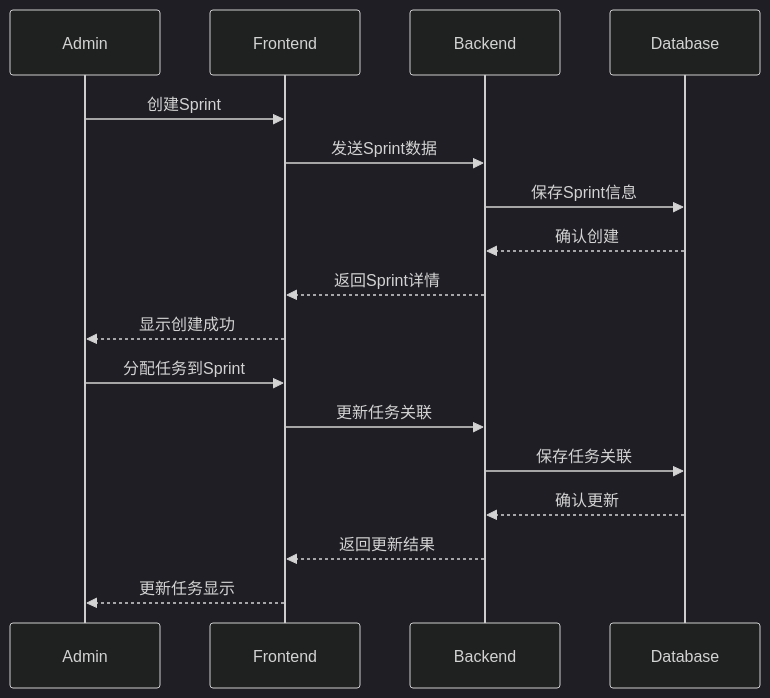
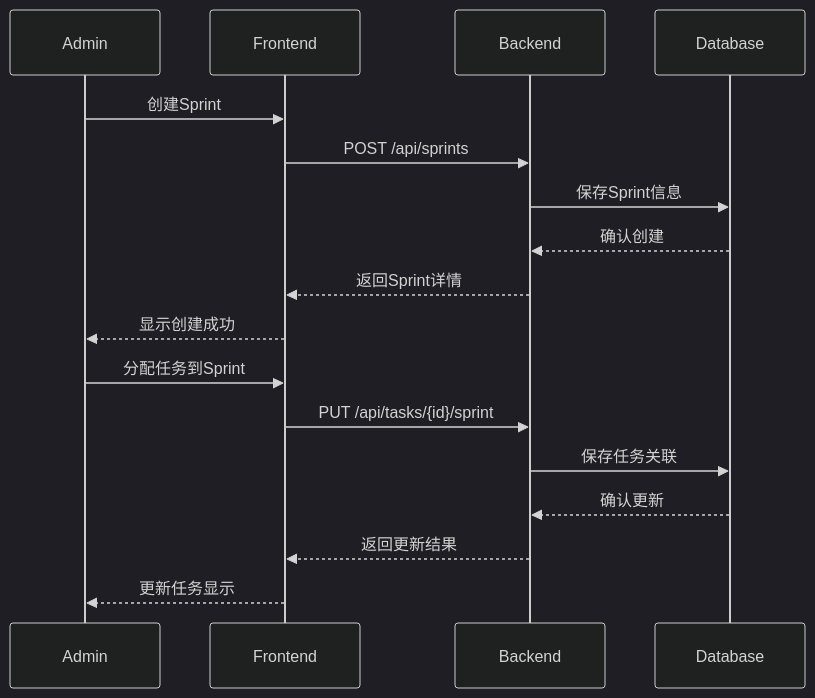
Before and after one commit to yorkdick/gira: the third of 4 diagrams in doc/design/basic-design/functional.md, drawn with Mermaid (dark theme). The commit also changed other lines of this file and 5 other files, not shown here.

````diff
--- a/doc/design/basic-design/functional.md
+++ b/doc/design/basic-design/functional.md
@@ -75,21 +79,21 @@
 ```mermaid
 sequenceDiagram
     participant Admin
     participant Frontend
     participant Backend
     participant Database
     
     Admin->>Frontend: 创建Sprint
-    Frontend->>Backend: 发送Sprint数据
+    Frontend->>Backend: POST /api/sprints
     Backend->>Database: 保存Sprint信息
     Database-->>Backend: 确认创建
     Backend-->>Frontend: 返回Sprint详情
     Frontend-->>Admin: 显示创建成功
     
     Admin->>Frontend: 分配任务到Sprint
-    Frontend->>Backend: 更新任务关联
+    Frontend->>Backend: PUT /api/tasks/{id}/sprint
     Backend->>Database: 保存任务关联
     Database-->>Backend: 确认更新
     Backend-->>Frontend: 返回更新结果
     Frontend-->>Admin: 更新任务显示
 ```
````
